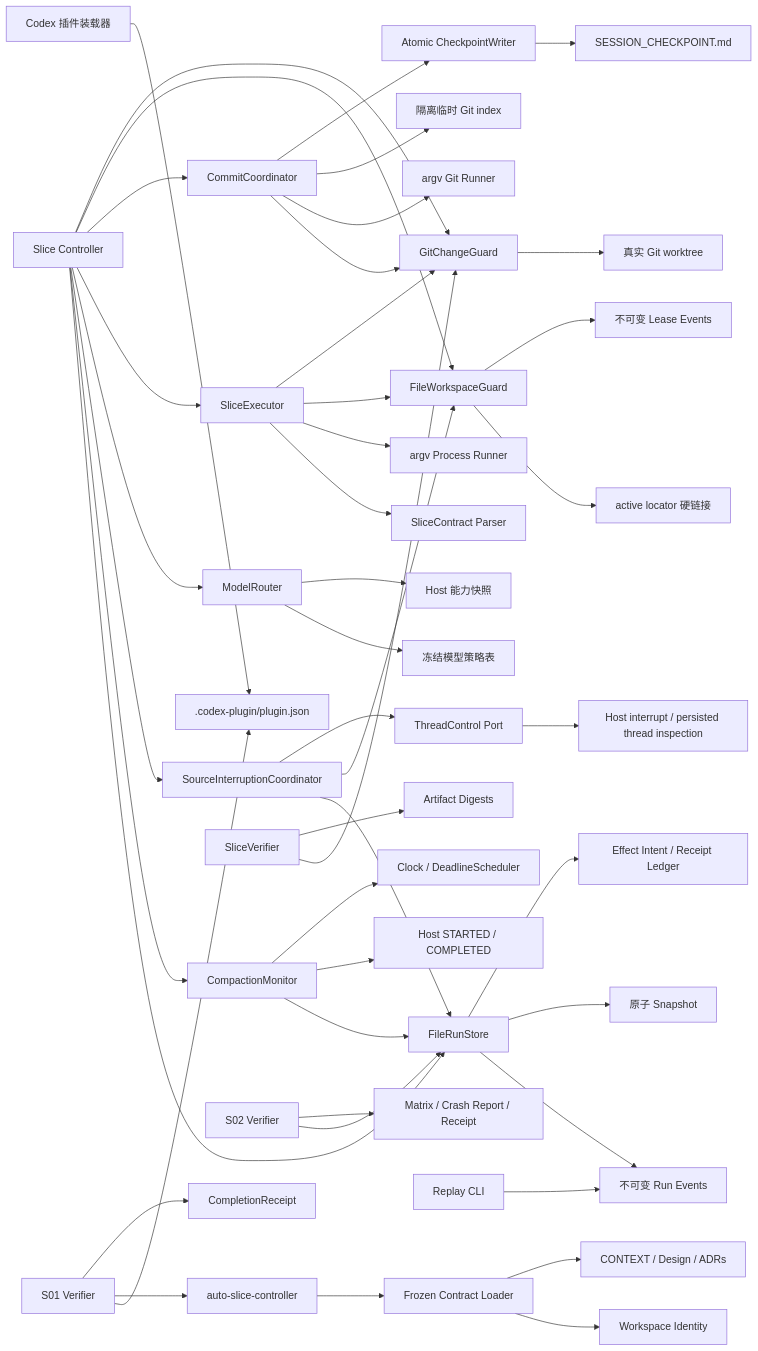
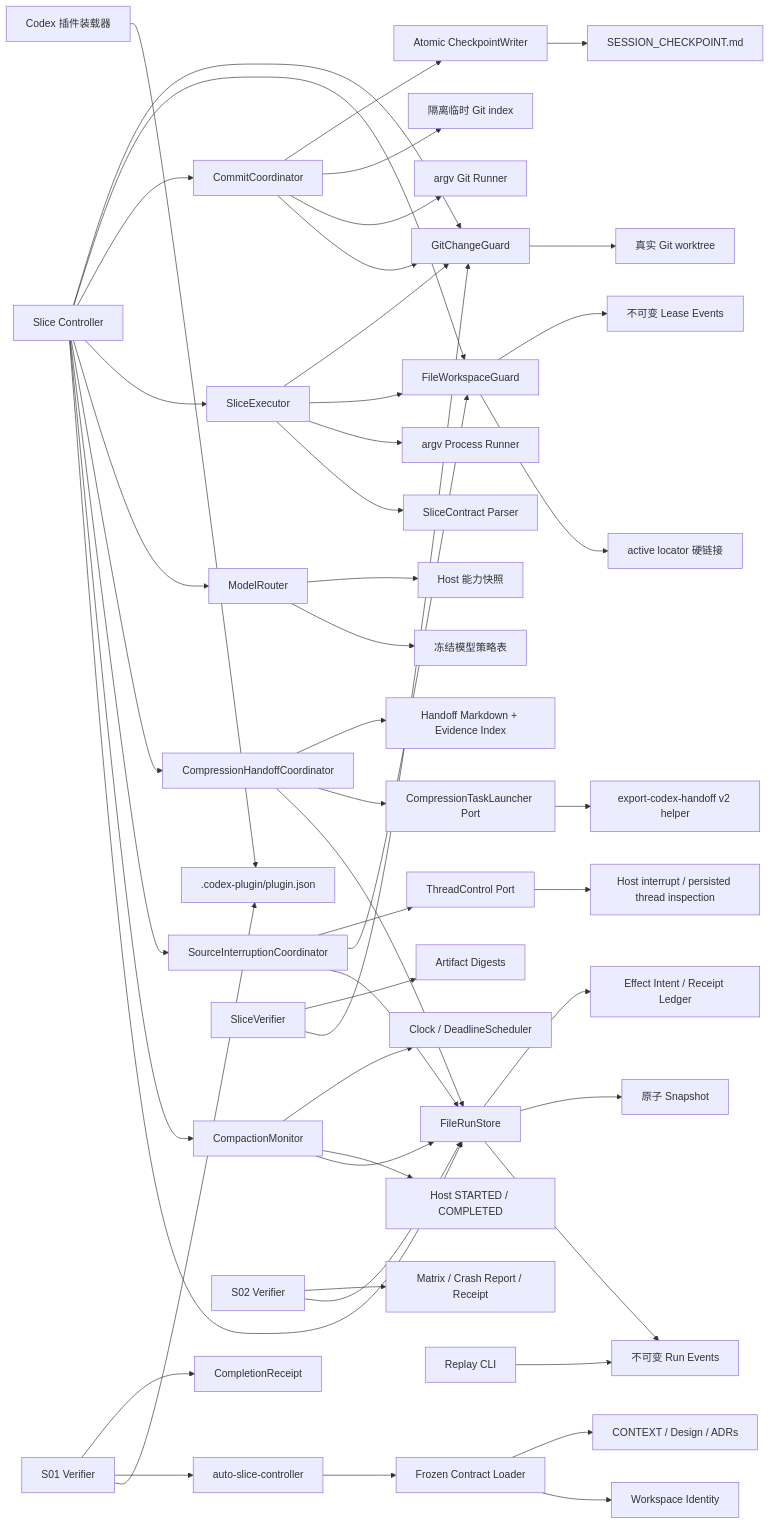
Before and after one commit to adaelon/auto-slice: the diagram in docs/架构.md, drawn with Mermaid. The commit also changed other lines of this file and 19 other files, not shown here.

Commit message:
feat: complete S09 compression handoff

````diff
--- a/docs/架构.md
+++ b/docs/架构.md
@@ -5,47 +5,52 @@
 ```mermaid
 flowchart LR
   Codex["Codex 插件装载器"] --> Manifest[".codex-plugin/plugin.json"]
   CLI["auto-slice-controller"] --> Loader["Frozen Contract Loader"]
   Loader --> Identity["Workspace Identity"]
   Loader --> Inputs["CONTEXT / Design / ADRs"]
   Controller["Slice Controller"] --> RunStore["FileRunStore"]
   Controller --> CompactionMonitor["CompactionMonitor"]
   Controller --> SourceInterruption["SourceInterruptionCoordinator"]
+  Controller --> CompressionHandoff["CompressionHandoffCoordinator"]
   Controller --> ModelRouter["ModelRouter"]
   Controller --> SliceExecutor["SliceExecutor"]
   Controller --> CommitCoordinator["CommitCoordinator"]
   SliceExecutor --> ContractParser["SliceContract Parser"]
   SliceExecutor --> ProcessRunner["argv Process Runner"]
   SliceExecutor --> WorkspaceGuard
   SliceExecutor --> ChangeGuard
   SliceVerifier["SliceVerifier"] --> ChangeGuard
   SliceVerifier --> Artifacts["Artifact Digests"]
   CommitCoordinator --> ChangeGuard
   CommitCoordinator --> GitRunner["argv Git Runner"]
   CommitCoordinator --> AlternateIndex["隔离临时 Git index"]
   CommitCoordinator --> CheckpointWriter["Atomic CheckpointWriter"]
   CheckpointWriter --> SessionCheckpoint["SESSION_CHECKPOINT.md"]
   ModelRouter --> PolicyTable["冻结模型策略表"]
   ModelRouter --> HostCapabilities["Host 能力快照"]
   RunStore --> Events["不可变 Run Events"]
   RunStore --> Snapshot["原子 Snapshot"]
   RunStore --> Effects["Effect Intent / Receipt Ledger"]
   CompactionMonitor --> RunStore
   CompactionMonitor --> HostCompactionEvents["Host STARTED / COMPLETED"]
   CompactionMonitor --> DeadlineScheduler["Clock / DeadlineScheduler"]
   SourceInterruption --> RunStore
   SourceInterruption --> WorkspaceGuard
   SourceInterruption --> ThreadControl["ThreadControl Port"]
   ThreadControl --> HostThreadState["Host interrupt / persisted thread inspection"]
+  CompressionHandoff --> RunStore
+  CompressionHandoff --> CompressionLauncher["CompressionTaskLauncher Port"]
+  CompressionLauncher --> ExportSkill["export-codex-handoff v2 helper"]
+  CompressionHandoff --> HandoffArtifacts["Handoff Markdown + Evidence Index"]
   Controller --> WorkspaceGuard["FileWorkspaceGuard"]
   WorkspaceGuard --> ActiveLease["active locator 硬链接"]
   WorkspaceGuard --> LeaseEvents["不可变 Lease Events"]
   Controller --> ChangeGuard["GitChangeGuard"]
   ChangeGuard --> Git["真实 Git worktree"]
   Replay["Replay CLI"] --> Events
   Verifier["S01 Verifier"] --> Manifest
   Verifier --> CLI
   Verifier --> Receipt["CompletionReceipt"]
   S02Verifier["S02 Verifier"] --> RunStore
   S02Verifier --> S02Evidence["Matrix / Crash Report / Receipt"]
 ```
````
